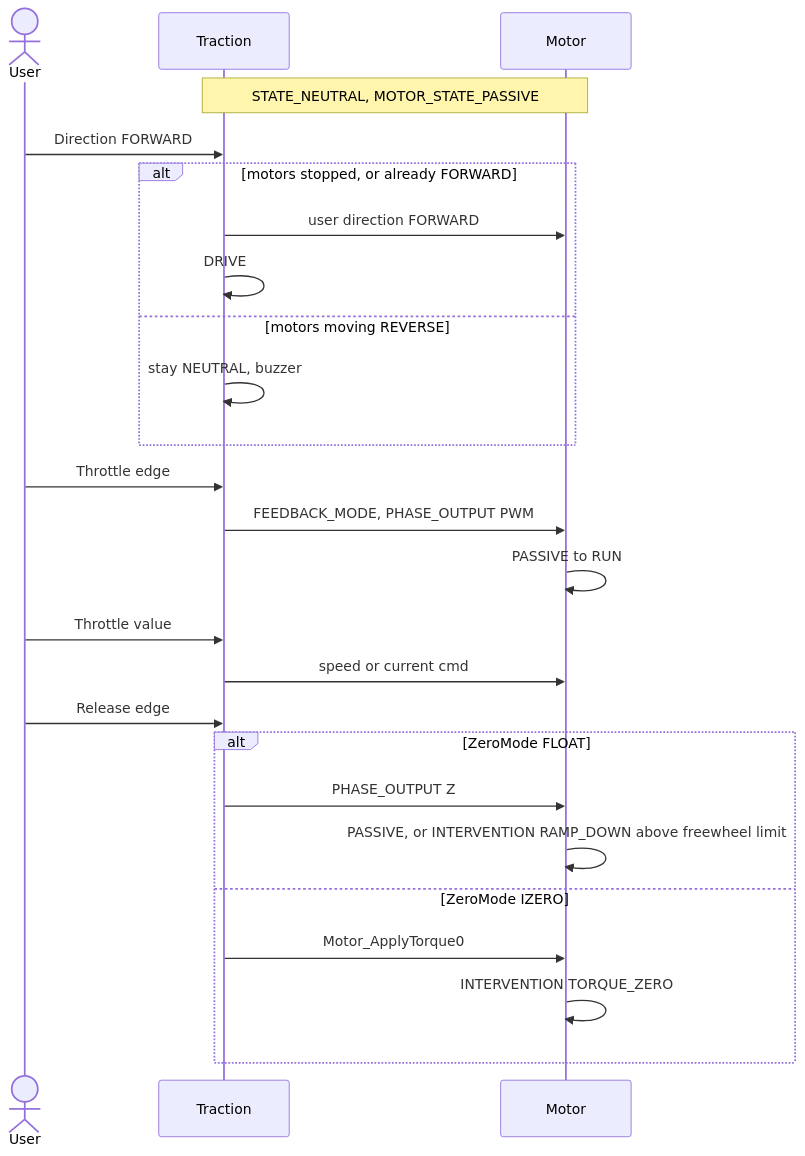
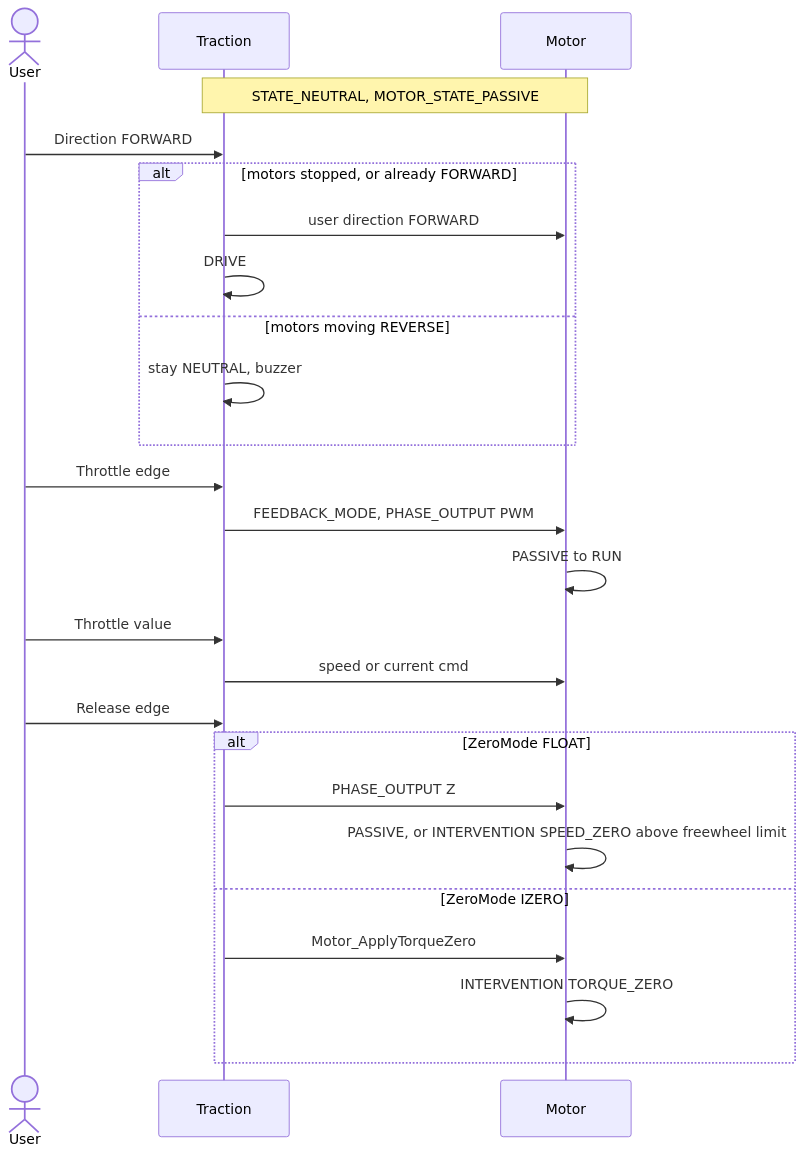
The fifth of 6 diagrams in Motor/Docs/MotorController_StateMachine.md (FireSourcery/FireSourcery_Library), drawn with Mermaid before and after one commit. The commit also changed other lines of this file and 26 other files, not shown here.

````diff
--- a/Motor/Docs/MotorController_StateMachine.md
+++ b/Motor/Docs/MotorController_StateMachine.md
@@ -206,27 +206,27 @@
 ```mermaid
 sequenceDiagram
     actor U as User
     participant T as Traction
     participant M as Motor
     Note over T,M: STATE_NEUTRAL, MOTOR_STATE_PASSIVE
     U->>T: Direction FORWARD
     alt motors stopped, or already FORWARD
         T->>M: user direction FORWARD
         T->>T: DRIVE
     else motors moving REVERSE
         T->>T: stay NEUTRAL, buzzer
     end
     U->>T: Throttle edge
     T->>M: FEEDBACK_MODE, PHASE_OUTPUT PWM
     M->>M: PASSIVE to RUN
     U->>T: Throttle value
     T->>M: speed or current cmd
     U->>T: Release edge
     alt ZeroMode FLOAT
         T->>M: PHASE_OUTPUT Z
-        M->>M: PASSIVE, or INTERVENTION RAMP_DOWN above freewheel limit
+        M->>M: PASSIVE, or INTERVENTION SPEED_ZERO above freewheel limit
     else ZeroMode IZERO
-        T->>M: Motor_ApplyTorque0
+        T->>M: Motor_ApplyTorqueZero
         M->>M: INTERVENTION TORQUE_ZERO
     end
 ```
````
